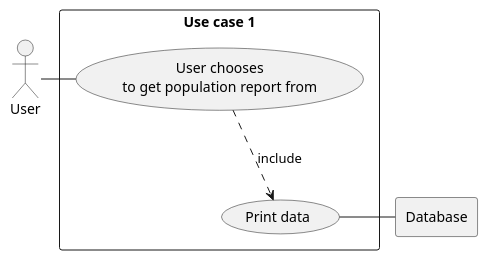
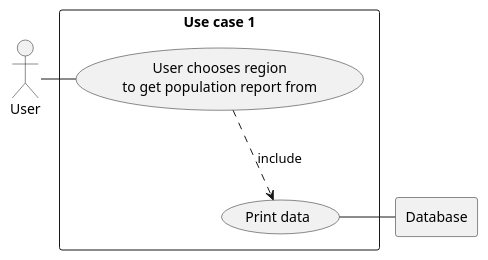
Before and after one commit to ESuth/sem: the fifth of 8 diagrams in use-cases/HR System.puml, drawn with PlantUML. The commit also changed other lines of this file and 2 other files, not shown here.

```diff
--- a/use-cases/HR System.puml
+++ b/use-cases/HR System.puml
@@ -87,22 +115,22 @@
 @startuml
 
 actor Usr as "User"
 
 
 rectangle Database
 
 rectangle "Use case 1" {
-    usecase UC1 as "User chooses
+    usecase UC1 as "User chooses region
     to get population report from"
 
 
     usecase UCa as "Print data"
 
     Usr - UC1
 
     UC1 ..> UCa : include
 
     UCa - Database
 }
 
 @enduml
```
